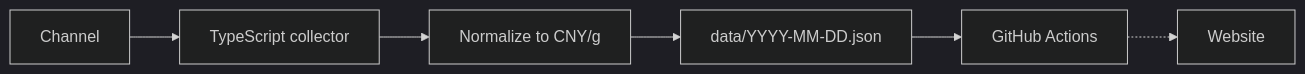
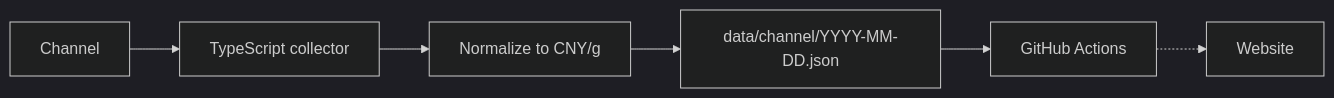
The diagram in README.md (yuler/golden-price), drawn with Mermaid (dark theme) before and after one commit. The commit also changed other lines of this file and 7 other files, not shown here.

````diff
--- a/README.md
+++ b/README.md
@@ -7,8 +7,8 @@
 ```mermaid
 flowchart LR
   C[Channel] --> TS[TypeScript collector]
   TS --> N[Normalize to CNY/g]
-  N --> D[data/YYYY-MM-DD.json]
+  N --> D[data/channel/YYYY-MM-DD.json]
   D --> GA[GitHub Actions]
   GA -.-> S[Website]
 ```
````
